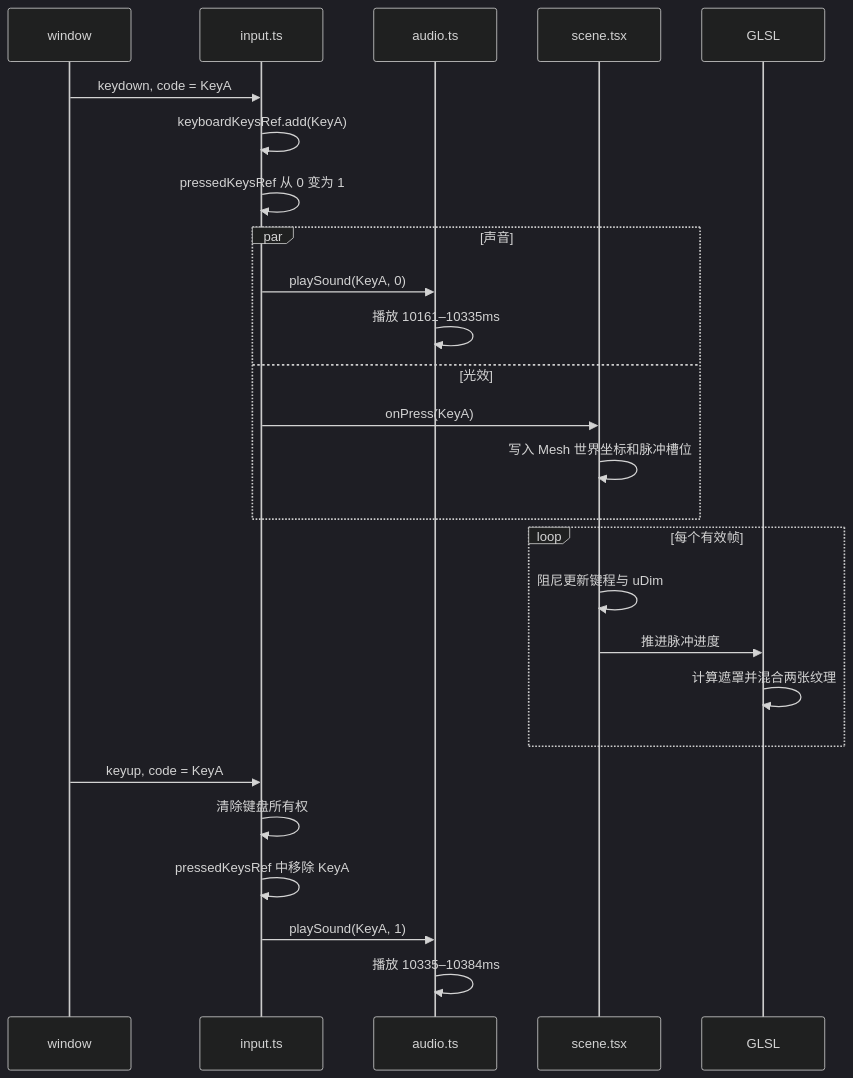
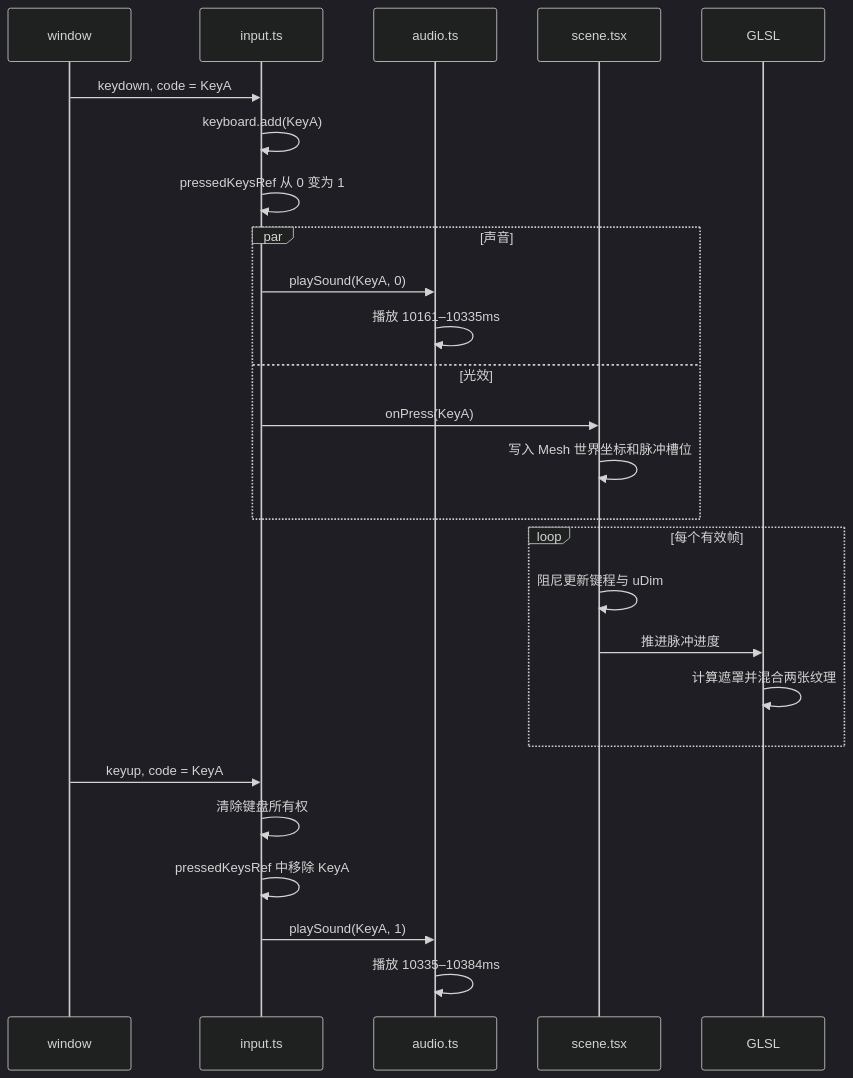
Before and after one commit to liaoyio/raycast-keyboard-scene-clone: the second of 2 diagrams in docs/keyboard-interaction.md, drawn with Mermaid (dark theme). The commit also changed other lines of this file and 108 other files, not shown here.

````diff
--- a/docs/keyboard-interaction.md
+++ b/docs/keyboard-interaction.md
@@ -136,29 +155,29 @@
 ```mermaid
 sequenceDiagram
   participant W as window
   participant I as input.ts
   participant A as audio.ts
   participant S as scene.tsx
   participant G as GLSL
 
   W->>I: keydown, code = KeyA
-  I->>I: keyboardKeysRef.add(KeyA)
+  I->>I: keyboard.add(KeyA)
   I->>I: pressedKeysRef 从 0 变为 1
   par 声音
     I->>A: playSound(KeyA, 0)
     A->>A: 播放 10161–10335ms
   and 光效
     I->>S: onPress(KeyA)
     S->>S: 写入 Mesh 世界坐标和脉冲槽位
   end
   loop 每个有效帧
     S->>S: 阻尼更新键程与 uDim
     S->>G: 推进脉冲进度
     G->>G: 计算遮罩并混合两张纹理
   end
   W->>I: keyup, code = KeyA
   I->>I: 清除键盘所有权
   I->>I: pressedKeysRef 中移除 KeyA
   I->>A: playSound(KeyA, 1)
   A->>A: 播放 10335–10384ms
 ```
````
